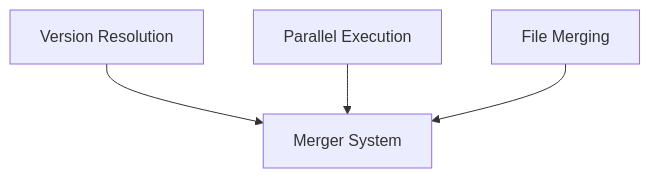
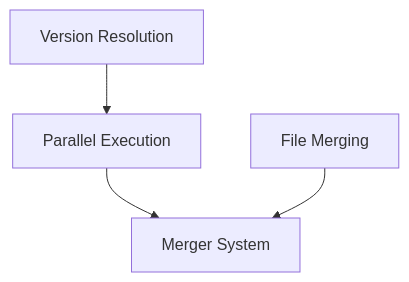
Before and after one commit to AtomiCloud/sulfone.boron: the diagram in docs/developer/algorithms/00-README.md, drawn with Mermaid. The commit also changed 27 other files, not shown here.

````diff
--- a/docs/developer/algorithms/00-README.md
+++ b/docs/developer/algorithms/00-README.md
@@ -7,6 +7,6 @@
 ```mermaid
 flowchart TD
-    VR[Version Resolution] --> MS[Merger System]
-    PE[Parallel Execution] --> MS
+    VR[Version Resolution] --> PE[Parallel Execution]
+    PE --> MS[Merger System]
     FM[File Merging] --> MS
 ```
````
